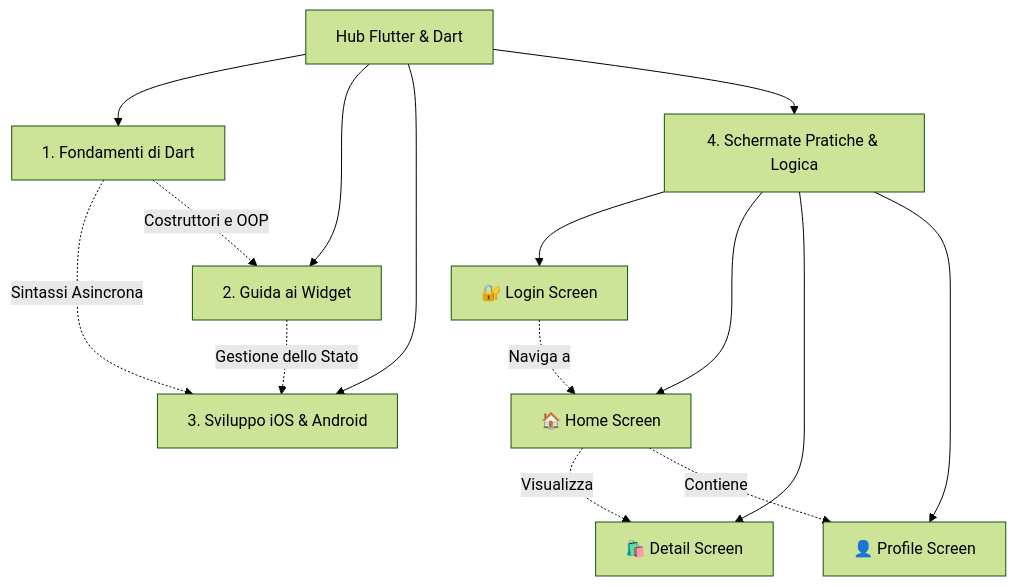
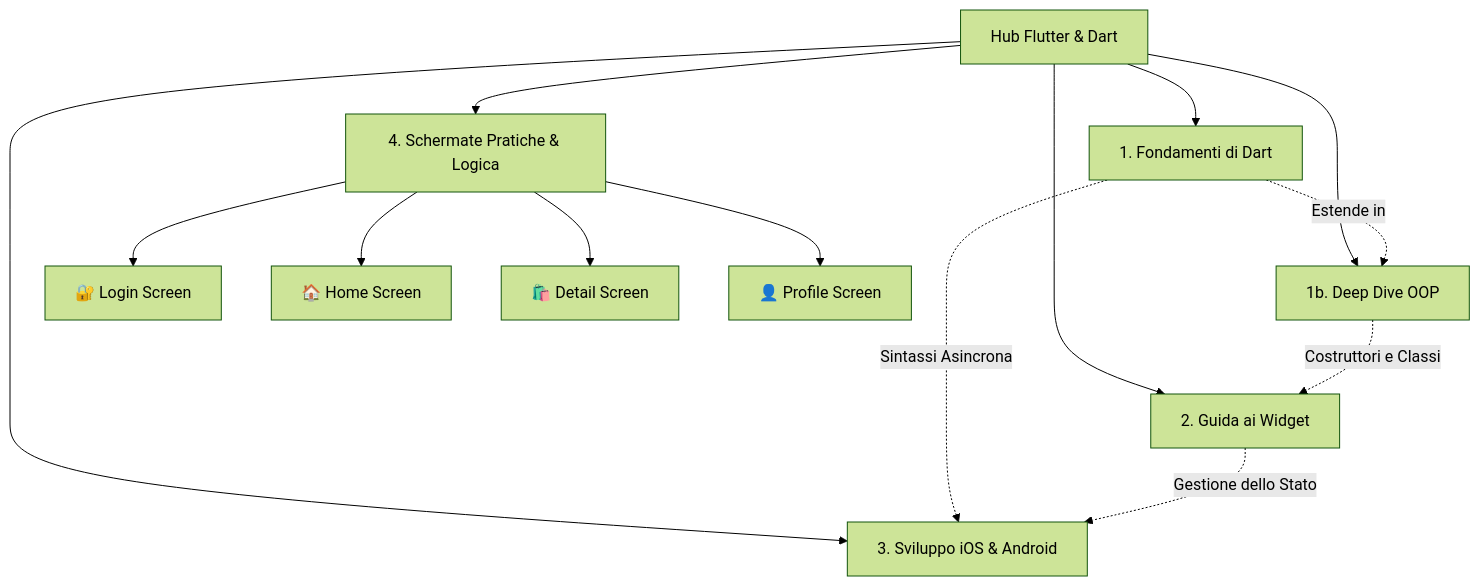
The diagram in Flutter/index.md (Emanuele-01/Obsidian), drawn with Mermaid (forest theme) before and after one commit. The commit also changed other lines of this file and 3 other files, not shown here.

````diff
--- a/Flutter/index.md
+++ b/Flutter/index.md
@@ -11,20 +11,18 @@
 ```mermaid
 graph TD
     Index[Hub Flutter & Dart] --> Dart[1. Fondamenti di Dart]
+    Index --> OOP[1b. Deep Dive OOP]
     Index --> Widgets[2. Guida ai Widget]
     Index --> Techniques[3. Sviluppo iOS & Android]
     Index --> Screens[4. Schermate Pratiche & Logica]
     
+    Dart -.->|Estende in| OOP
     Dart -.->|Sintassi Asincrona| Techniques
     Widgets -.->|Gestione dello Stato| Techniques
-    Dart -.->|Costruttori e OOP| Widgets
+    OOP -.->|Costruttori e Classi| Widgets
     
     Screens --> Login[🔐 Login Screen]
     Screens --> Home[🏠 Home Screen]
     Screens --> Detail[🛍️ Detail Screen]
     Screens --> Profile[👤 Profile Screen]
-    
-    Login -.->|Naviga a| Home
-    Home -.->|Visualizza| Detail
-    Home -.->|Contiene| Profile
 ```
````
